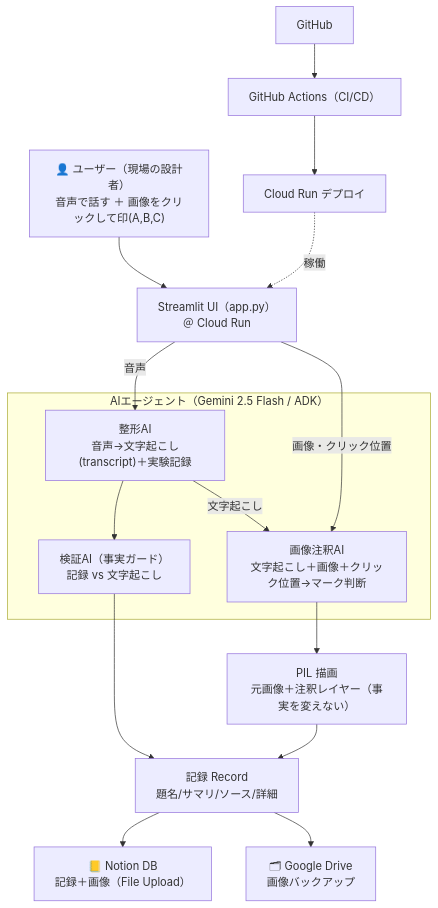
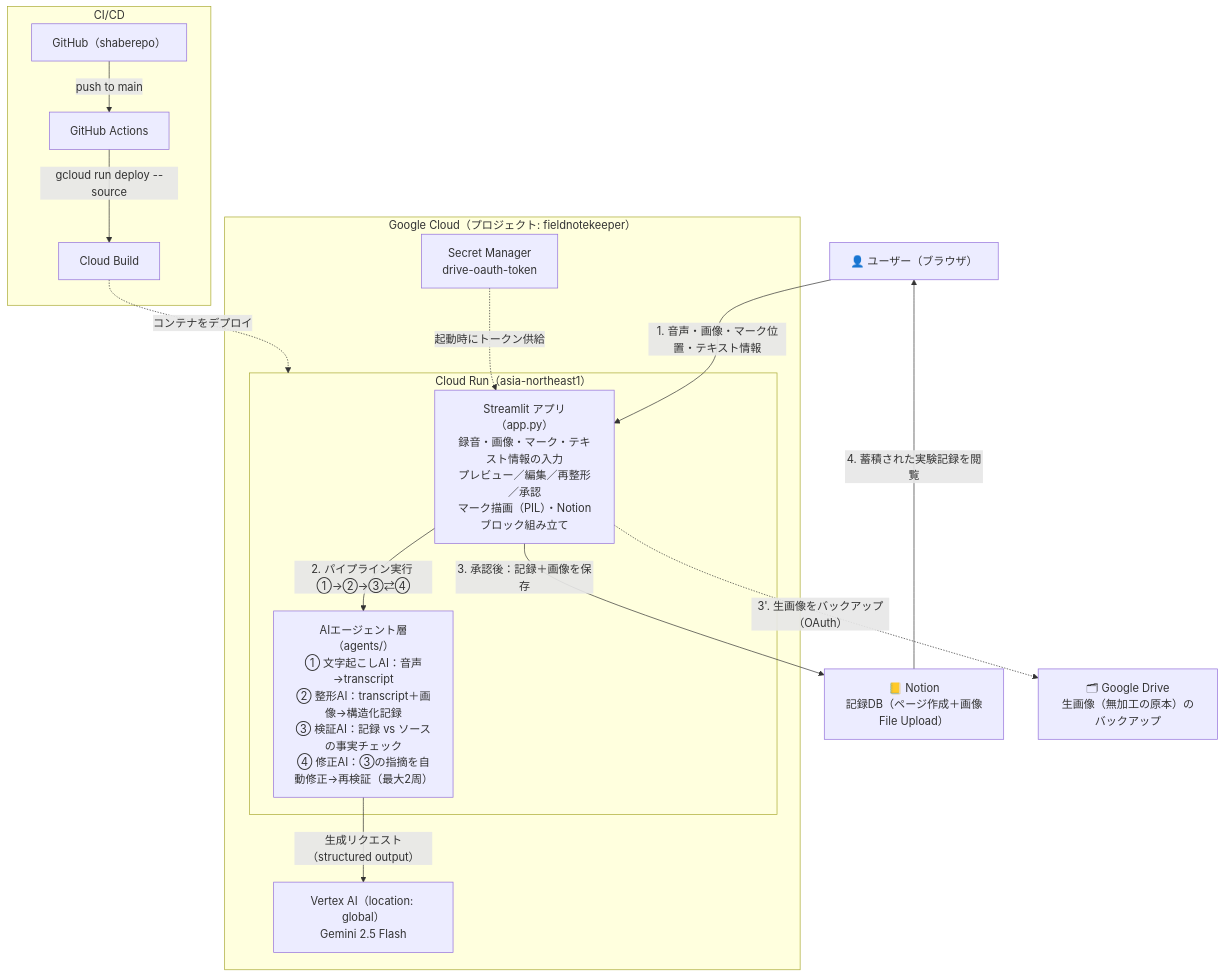
One commit to bibu358/shaberepo changed the diagram in docs/architecture.md. Above: the diagram before and after it, drawn with Mermaid. The commit also changed other lines of this file and 3 other files, not shown here.

````diff
--- a/docs/architecture.md
+++ b/docs/architecture.md
@@ -5,26 +8,30 @@
 ```mermaid
 flowchart TD
-    U["👤 ユーザー（現場の設計者）<br/>音声で話す ＋ 画像をクリックして印(A,B,C)"]
+    U["👤 ユーザー（ブラウザ）"]
 
-    U --> APP["Streamlit UI（app.py）<br/>＠ Cloud Run"]
-
-    subgraph AGENTS["AIエージェント（Gemini 2.5 Flash / ADK）"]
-        F["整形AI<br/>音声→文字起こし(transcript)＋実験記録"]
-        V["検証AI（事実ガード）<br/>記録 vs 文字起こし"]
-        AN["画像注釈AI<br/>文字起こし＋画像＋クリック位置→マーク判断"]
+    subgraph GCP["Google Cloud（プロジェクト: fieldnotekeeper）"]
+        subgraph CR["Cloud Run（asia-northeast1）"]
+            APP["Streamlit アプリ（app.py）<br/>録音・画像・マーク・テキスト情報の入力<br/>プレビュー／編集／再整形／承認<br/>マーク描画（PIL）・Notionブロック組み立て"]
+            AG["AIエージェント層（agents/）<br/>① 文字起こしAI：音声→transcript<br/>② 整形AI：transcript＋画像→構造化記録<br/>③ 検証AI：記録 vs ソースの事実チェック<br/>④ 修正AI：③の指摘を自動修正→再検証（最大2周）"]
+        end
+        VAI["Vertex AI（location: global）<br/>Gemini 2.5 Flash"]
+        SM["Secret Manager<br/>drive-oauth-token"]
     end
 
-    APP -->|音声| F --> V
-    F -->|文字起こし| AN
-    APP -->|画像・クリック位置| AN
-    AN --> PIL["PIL 描画<br/>元画像＋注釈レイヤー（事実を変えない）"]
+    NOTION["📒 Notion<br/>記録DB（ページ作成＋画像File Upload）"]
+    DRIVE["🗂 Google Drive<br/>生画像（無加工の原本）のバックアップ"]
 
-    V --> REC["記録 Record<br/>題名/サマリ/ソース/詳細"]
-    PIL --> REC
+    U -->|"1. 音声・画像・マーク位置・テキスト情報"| APP
+    APP -->|"2. パイプライン実行 ①→②→③⇄④"| AG
+    AG -->|"生成リクエスト（structured output）"| VAI
+    APP -->|"3. 承認後：記録＋画像を保存"| NOTION
+    APP -.->|"3'. 生画像をバックアップ（OAuth）"| DRIVE
+    SM -.->|"起動時にトークン供給"| APP
+    NOTION -->|"4. 蓄積された実験記録を閲覧"| U
 
-    REC --> NOTION["📒 Notion DB<br/>記録＋画像（File Upload）"]
-    REC --> DRIVE["🗂 Google Drive<br/>画像バックアップ"]
-
-    GH["GitHub"] --> GA["GitHub Actions（CI/CD）"] --> CR["Cloud Run デプロイ"]
-    CR -.稼働.-> APP
+    subgraph CICD["CI/CD"]
+        GH["GitHub（shaberepo）"] -->|"push to main"| GA["GitHub Actions"]
+        GA -->|"gcloud run deploy --source"| CB["Cloud Build"]
+    end
+    CB -.->|"コンテナをデプロイ"| CR
 ```
````
